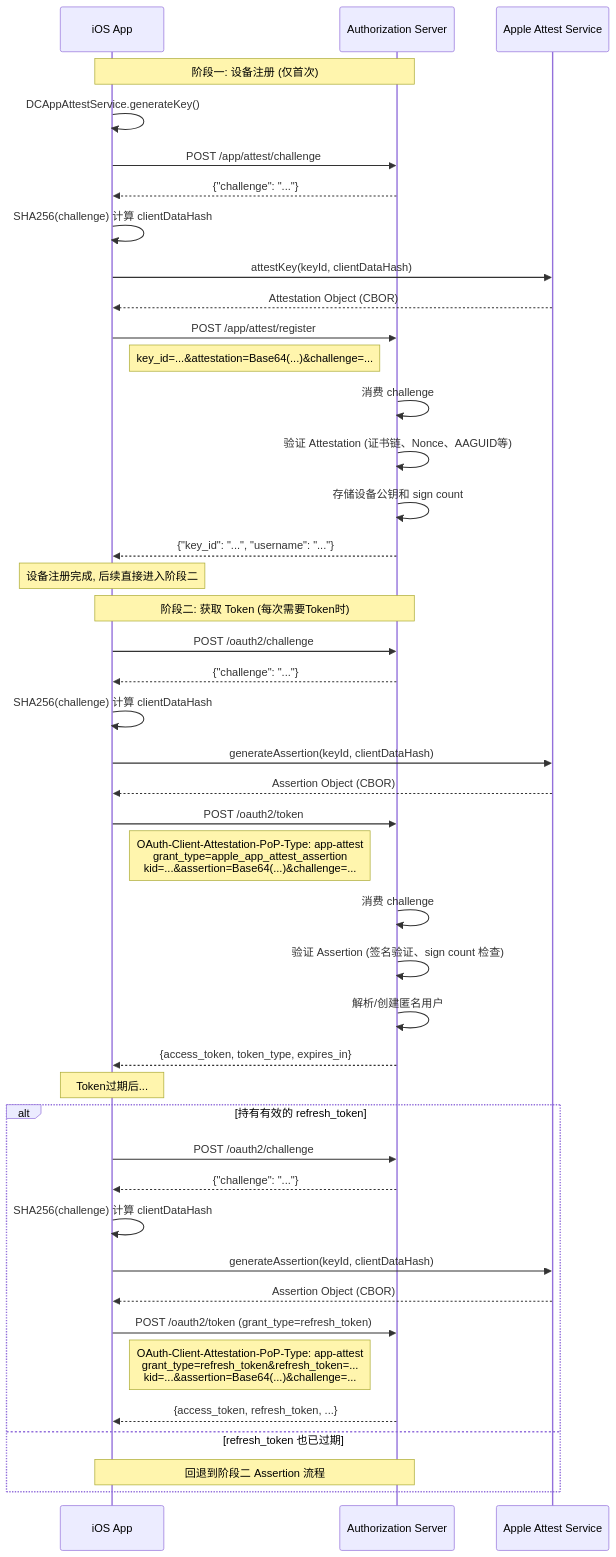
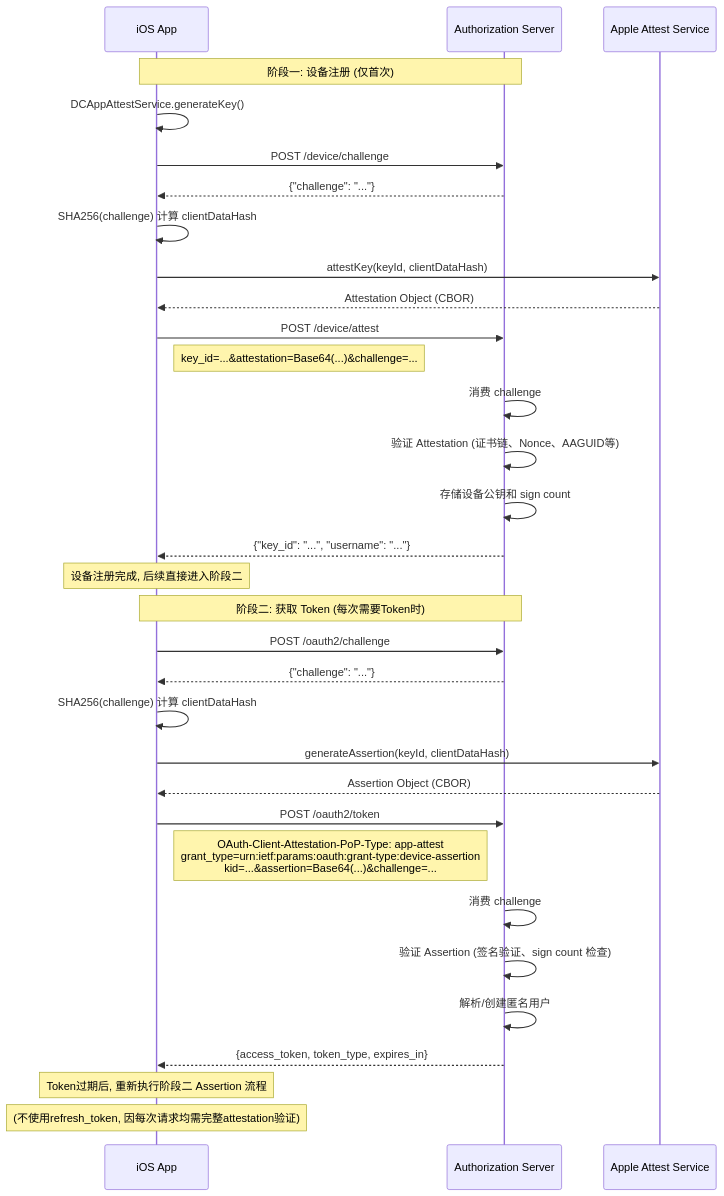
Before and after one commit to euler-projects/euler-framework: the diagram in docs/apis/zh-cn/APIs-#-Apple-App-Attest.md, drawn with Mermaid. The commit also changed other lines of this file and 25 other files, not shown here.

Commit message:
refactor(auth): Generalize Apple App Attest to platform-agnostic Device Attest across service layer

````diff
--- a/docs/apis/zh-cn/APIs-#-Apple-App-Attest.md
+++ b/docs/apis/zh-cn/APIs-#-Apple-App-Attest.md
@@ -136,54 +140,42 @@
 ```mermaid
 sequenceDiagram
     participant App as iOS App
     participant Server as Authorization Server
     participant Apple as Apple Attest Service
 
     Note over App,Server: 阶段一: 设备注册 (仅首次)
     App->>App: DCAppAttestService.generateKey()
-    App->>Server: POST /app/attest/challenge
+    App->>Server: POST /device/challenge
     Server-->>App: {"challenge": "..."}
 
     App->>App: SHA256(challenge) 计算 clientDataHash
     App->>Apple: attestKey(keyId, clientDataHash)
     Apple-->>App: Attestation Object (CBOR)
 
-    App->>Server: POST /app/attest/register
+    App->>Server: POST /device/attest
     Note right of App: key_id=...&attestation=Base64(...)&challenge=...
     Server->>Server: 消费 challenge
     Server->>Server: 验证 Attestation (证书链、Nonce、AAGUID等)
     Server->>Server: 存储设备公钥和 sign count
     Server-->>App: {"key_id": "...", "username": "..."}
 
     Note over App: 设备注册完成, 后续直接进入阶段二
 
     Note over App,Server: 阶段二: 获取 Token (每次需要Token时)
     App->>Server: POST /oauth2/challenge
     Server-->>App: {"challenge": "..."}
 
     App->>App: SHA256(challenge) 计算 clientDataHash
     App->>Apple: generateAssertion(keyId, clientDataHash)
     Apple-->>App: Assertion Object (CBOR)
 
     App->>Server: POST /oauth2/token
-    Note right of App: OAuth-Client-Attestation-PoP-Type: app-attest<br/>grant_type=apple_app_attest_assertion<br/>kid=...&assertion=Base64(...)&challenge=...
+    Note right of App: OAuth-Client-Attestation-PoP-Type: app-attest<br/>grant_type=urn:ietf:params:oauth:grant-type:device-assertion<br/>kid=...&assertion=Base64(...)&challenge=...
     Server->>Server: 消费 challenge
     Server->>Server: 验证 Assertion (签名验证、sign count 检查)
     Server->>Server: 解析/创建匿名用户
     Server-->>App: {access_token, token_type, expires_in}
 
-    Note over App: Token过期后...
-
-    alt 持有有效的 refresh_token
-        App->>Server: POST /oauth2/challenge
-        Server-->>App: {"challenge": "..."}
-        App->>App: SHA256(challenge) 计算 clientDataHash
-        App->>Apple: generateAssertion(keyId, clientDataHash)
-        Apple-->>App: Assertion Object (CBOR)
-        App->>Server: POST /oauth2/token (grant_type=refresh_token)
-        Note right of App: OAuth-Client-Attestation-PoP-Type: app-attest<br/>grant_type=refresh_token&refresh_token=...<br/>kid=...&assertion=Base64(...)&challenge=...
-        Server-->>App: {access_token, refresh_token, ...}
-    else refresh_token 也已过期
-        Note over App,Server: 回退到阶段二 Assertion 流程
-    end
+    Note over App: Token过期后, 重新执行阶段二 Assertion 流程
+    Note over App: (不使用refresh_token, 因每次请求均需完整attestation验证)
 ```
````
